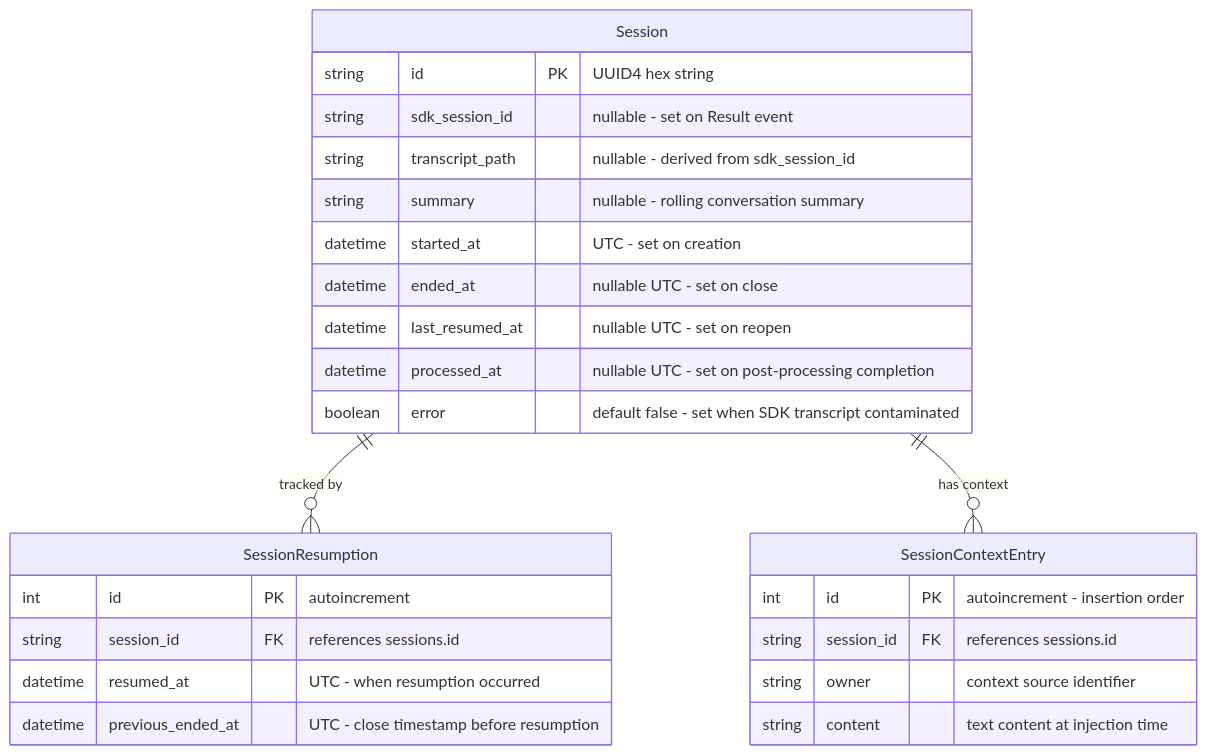
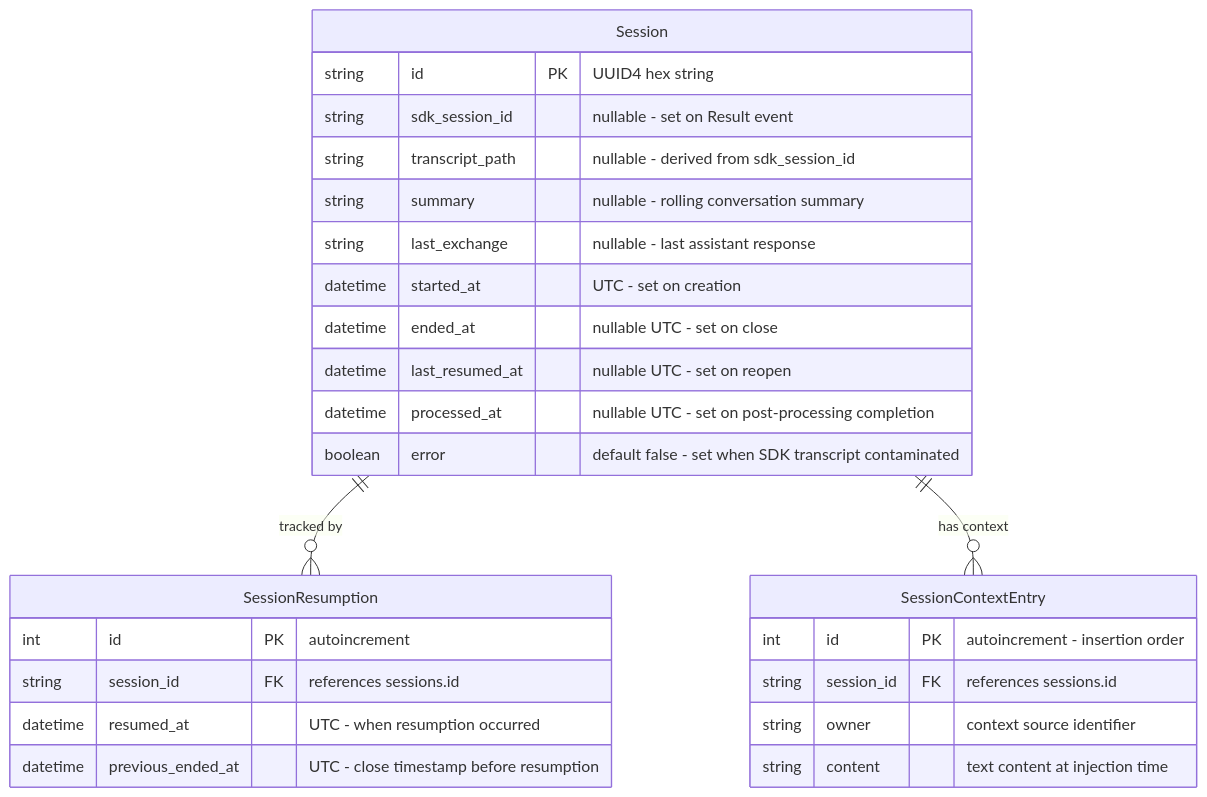
The second of 2 diagrams in docs/feature-designs/agent/sessions.md (asermax/tachikoma), drawn with Mermaid before and after one commit. The commit also changed other lines of this file and 3 other files, not shown here.

First line of the commit message:
docs(sessions): add last_exchange field and processor to session and boundary detection docs

````diff
--- a/docs/feature-designs/agent/sessions.md
+++ b/docs/feature-designs/agent/sessions.md
@@ -174,28 +175,29 @@
 ```mermaid
 erDiagram
     Session ||--o{ SessionResumption : "tracked by"
     Session ||--o{ SessionContextEntry : "has context"
     Session {
         string id PK "UUID4 hex string"
         string sdk_session_id "nullable - set on Result event"
         string transcript_path "nullable - derived from sdk_session_id"
         string summary "nullable - rolling conversation summary"
+        string last_exchange "nullable - last assistant response"
         datetime started_at "UTC - set on creation"
         datetime ended_at "nullable UTC - set on close"
         datetime last_resumed_at "nullable UTC - set on reopen"
         datetime processed_at "nullable UTC - set on post-processing completion"
         boolean error "default false - set when SDK transcript contaminated"
     }
     SessionResumption {
         int id PK "autoincrement"
         string session_id FK "references sessions.id"
         datetime resumed_at "UTC - when resumption occurred"
         datetime previous_ended_at "UTC - close timestamp before resumption"
     }
     SessionContextEntry {
         int id PK "autoincrement - insertion order"
         string session_id FK "references sessions.id"
         string owner "context source identifier"
         string content "text content at injection time"
     }
 ```
````
